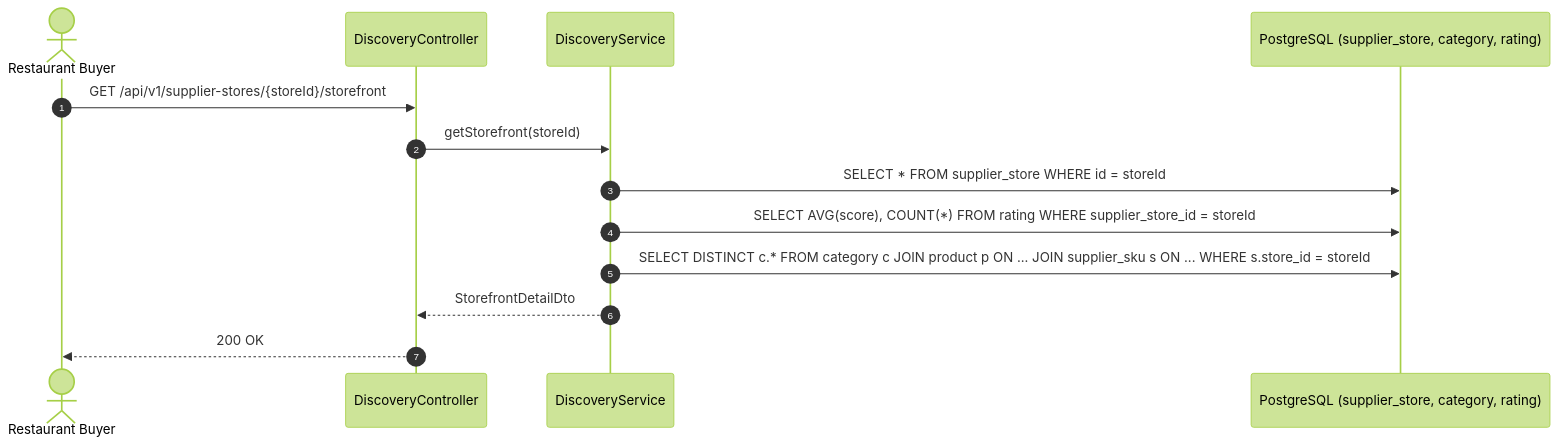
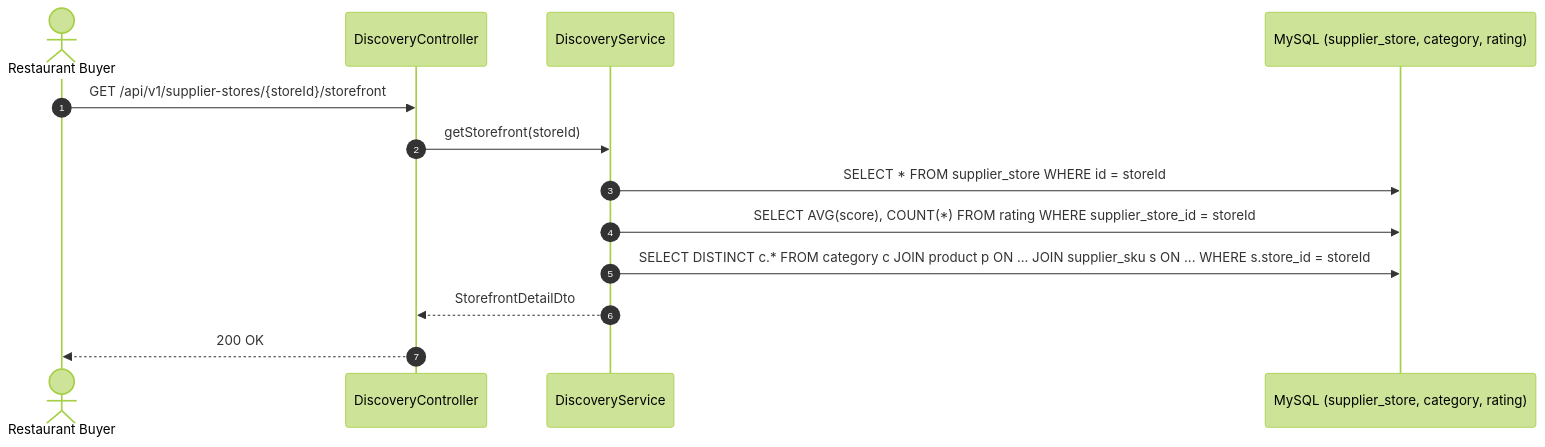
One commit to narasimha-reddy/costonomy-mp-api changed the second of 3 diagrams in docs/architecture/sequence-diagrams/07-discovery-and-catalog.md. Above: the diagram before and after it, drawn with Mermaid (forest theme). The commit also changed other lines of this file and 19 other files, not shown here.

First line of the commit message:
docs(delivery): current state, diagrams, decisions D-204 to D-207, changelog and traceability

````diff
--- a/docs/architecture/sequence-diagrams/07-discovery-and-catalog.md
+++ b/docs/architecture/sequence-diagrams/07-discovery-and-catalog.md
@@ -32,16 +32,16 @@
 ```mermaid
 sequenceDiagram
     autonumber
     actor Buyer as Restaurant Buyer
     participant DC as DiscoveryController
     participant DS as DiscoveryService
-    participant DB as PostgreSQL (supplier_store, category, rating)
+    participant DB as MySQL (supplier_store, category, rating)
 
     Buyer->>DC: GET /api/v1/supplier-stores/{storeId}/storefront
     DC->>DS: getStorefront(storeId)
     DS->>DB: SELECT * FROM supplier_store WHERE id = storeId
     DS->>DB: SELECT AVG(score), COUNT(*) FROM rating WHERE supplier_store_id = storeId
     DS->>DB: SELECT DISTINCT c.* FROM category c JOIN product p ON ... JOIN supplier_sku s ON ... WHERE s.store_id = storeId
     DS-->>DC: StorefrontDetailDto
     DC-->>Buyer: 200 OK
 ```
````
